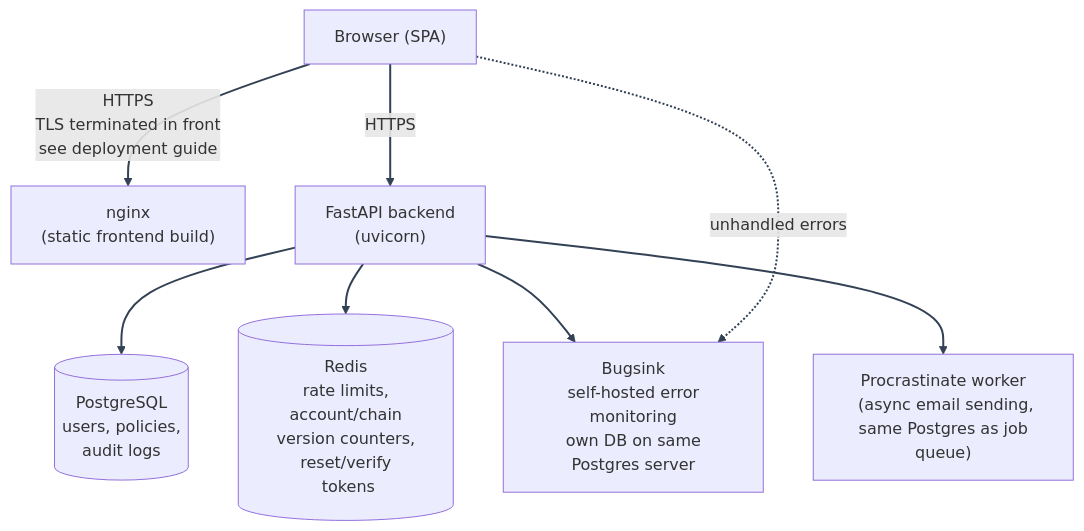
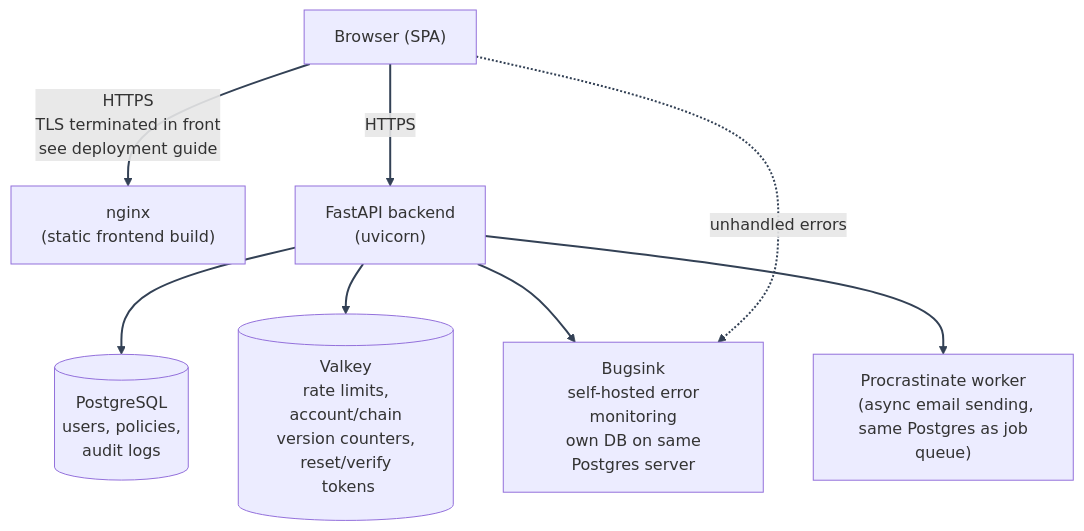
One commit to Nachiket-2024/mystic-auth changed the diagram in README.md. Above: the diagram before and after it, drawn with Mermaid. The commit also changed other lines of this file and 905 other files, not shown here.

First line of the commit message:
Replaced Chakra UI with shadcn/Radix, migrated Redis to Valkey, revamped UI/UX

````diff
--- a/README.md
+++ b/README.md
@@ -45,15 +46,15 @@
 ```mermaid
 %%{init: {"themeVariables": {"lineColor": "#334155"}} }%%
 flowchart TD
     Browser["Browser (SPA)"]
     Browser -- "HTTPS\n TLS terminated in front\n see deployment guide" --> Nginx
     Browser -- HTTPS --> Backend
     Nginx["nginx\n (static frontend build)"]
     Backend["FastAPI backend\n (uvicorn)"]
     Backend --> Postgres[("PostgreSQL\n users, policies,\n audit logs")]
-    Backend --> Redis[("Redis\n rate limits, account/chain\n version counters, reset/verify\n tokens")]
+    Backend --> Valkey[("Valkey\n rate limits, account/chain\n version counters, reset/verify\n tokens")]
     Backend --> Bugsink["Bugsink\n self-hosted error monitoring\n own DB on same Postgres server"]
     Browser -. "unhandled errors" .-> Bugsink
     Backend --> Procrastinate["Procrastinate worker\n (async email sending,\n same Postgres as job queue)"]
     linkStyle default stroke:#334155,stroke-width:2px
 ```
````
